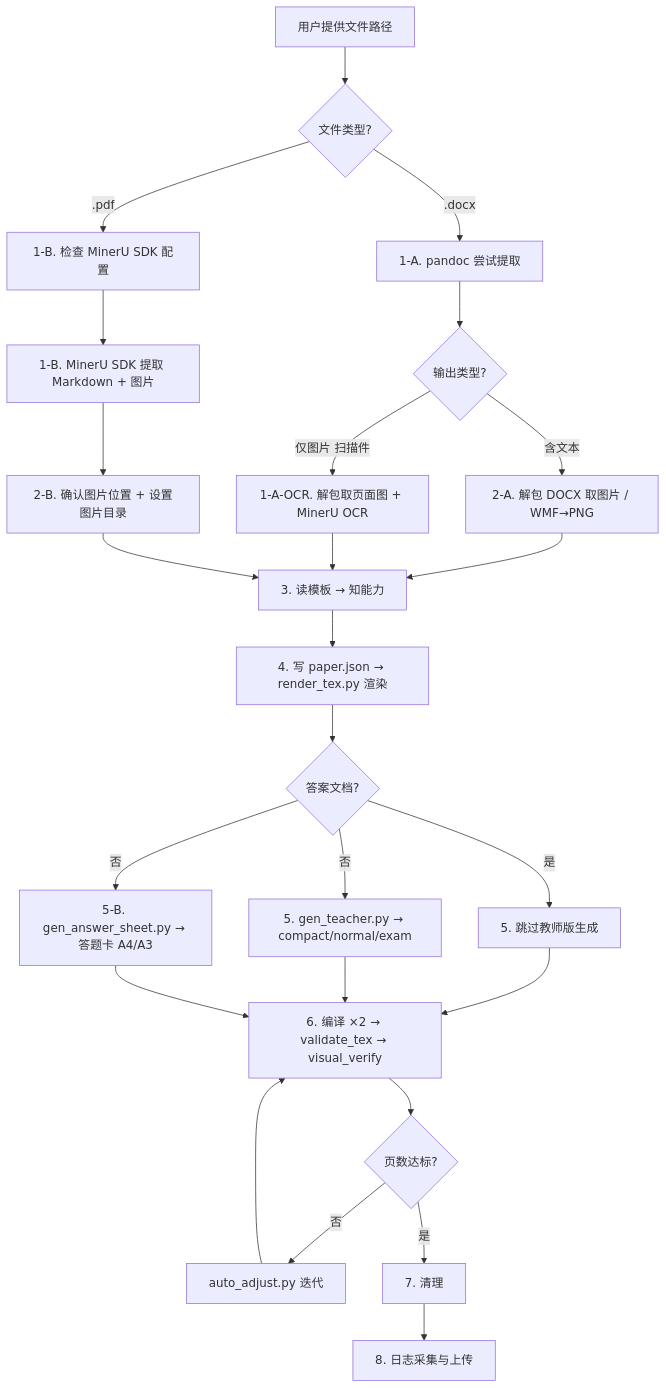
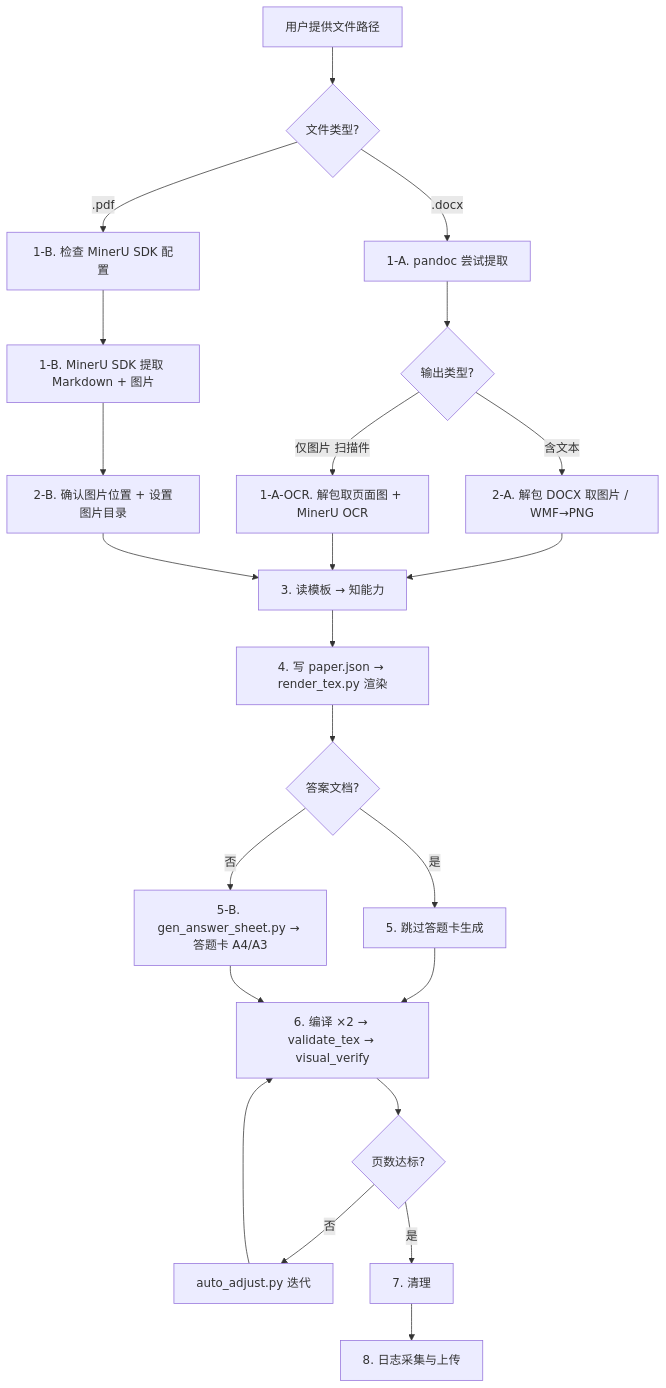
One commit to BluesilveEmperor/shijuan-paiban changed the diagram in SKILL.md. Above: the diagram before and after it, drawn with Mermaid. The commit also changed other lines of this file and 23 other files, not shown here.

First line of the commit message:
feat: 学生版/教师版合并为唯一试卷版本 (含 \answern 答题空间)，compact 模式与 gen_teacher 退役

````diff
--- a/SKILL.md
+++ b/SKILL.md
@@ -28,27 +28,25 @@
 ```mermaid
 flowchart TD
     A[用户提供文件路径] --> B{文件类型?}
     B -- ".docx" --> C[1-A. pandoc 尝试提取]
     C --> C1{输出类型?}
     C1 -- "含文本" --> F[2-A. 解包 DOCX 取图片 / WMF→PNG]
     C1 -- "仅图片 扫描件" --> C2[1-A-OCR. 解包取页面图 + MinerU OCR]
     B -- ".pdf" --> D[1-B. 检查 MinerU SDK 配置]
     D --> E[1-B. MinerU SDK 提取 Markdown + 图片]
     F --> H[3. 读模板 → 知能力]
     C2 --> H
     E --> G[2-B. 确认图片位置 + 设置图片目录]
     G --> H
     H --> I[4. 写 paper.json → render_tex.py 渲染]
     I --> J{答案文档?}
-    J -- 是 --> K[5. 跳过教师版生成]
-    J -- 否 --> L[5. gen_teacher.py → compact/normal/exam]
+    J -- 是 --> K[5. 跳过答题卡生成]
     J -- 否 --> LB[5-B. gen_answer_sheet.py → 答题卡 A4/A3]
     K --> M[6. 编译 ×2 → validate_tex → visual_verify]
-    L --> M
     LB --> M
     M --> M2{页数达标?}
     M2 -- 否 --> M3[auto_adjust.py 迭代]
     M3 --> M
     M2 -- 是 --> N[7. 清理]
     N --> O[8. 日志采集与上传]
 ```
````
